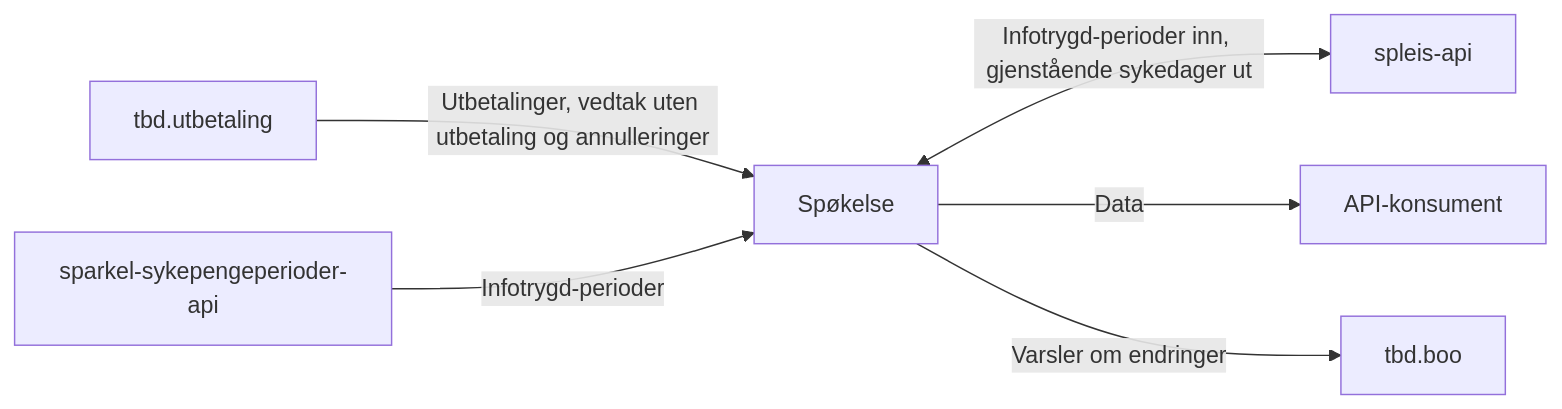
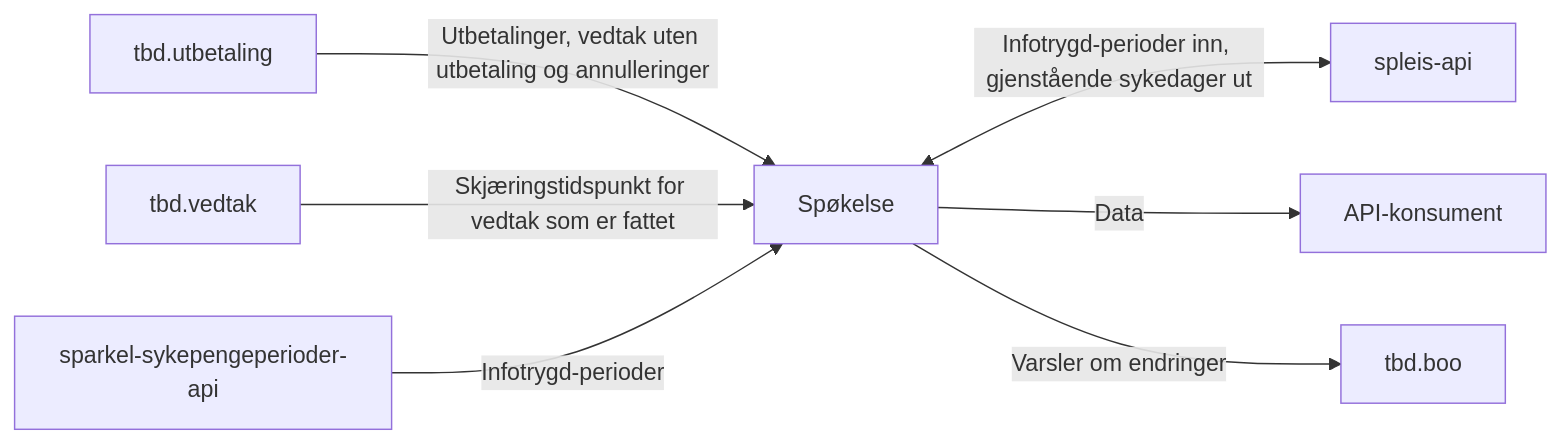
One commit to navikt/helse-spokelse changed the diagram in README.md. Above: the diagram before and after it, drawn with Mermaid. The commit also changed other lines of this file and 19 other files, not shown here.

````diff
--- a/README.md
+++ b/README.md
@@ -23,8 +23,9 @@
 ```mermaid
 flowchart LR
     utbetaling["tbd.utbetaling"] -->|Utbetalinger, vedtak uten utbetaling og annulleringer| spokelse["Spøkelse"]
+    vedtak["tbd.vedtak"] -->|Skjæringstidspunkt for vedtak som er fattet| spokelse
     infotrygd["sparkel-sykepengeperioder-api"] -->|Infotrygd-perioder| spokelse
     spokelse <-->|Infotrygd-perioder inn, gjenstående sykedager ut| spleisapi["spleis-api"]
     spokelse -->|Data| konsument["API-konsument"]
     spokelse -->|Varsler om endringer| boo["tbd.boo"]
 ```
````
